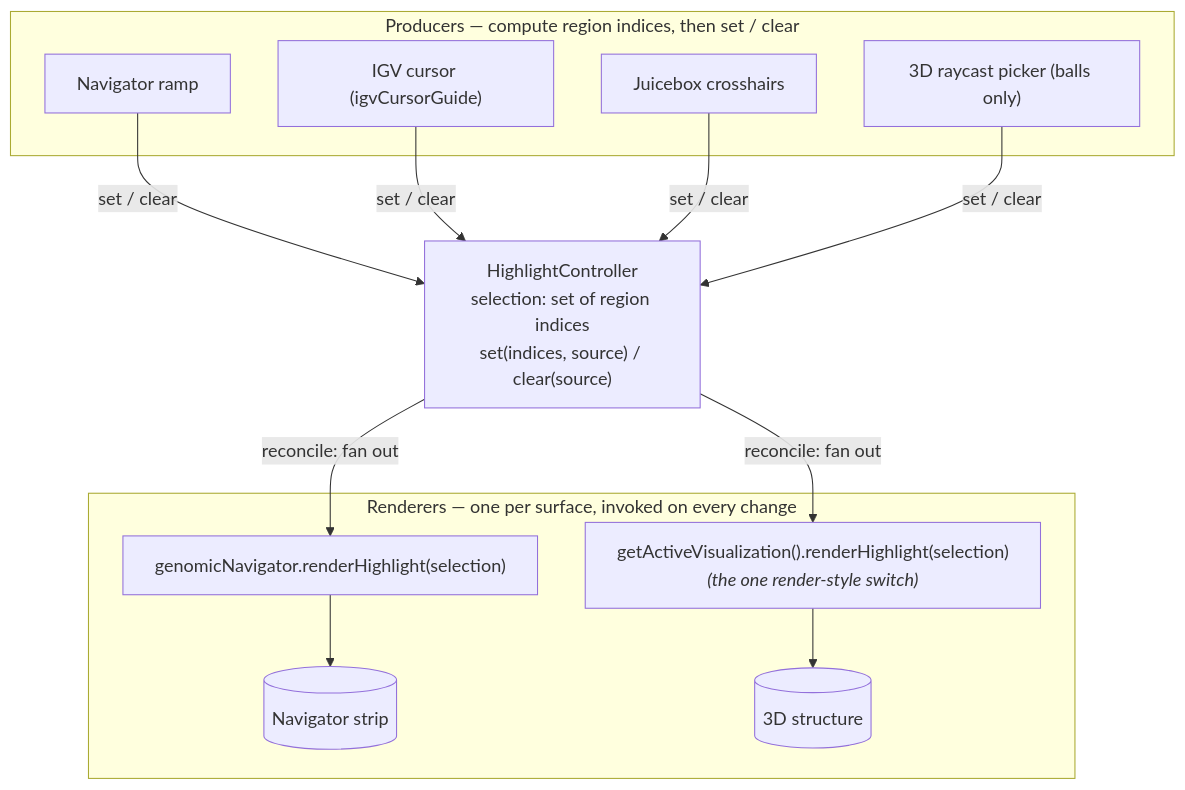
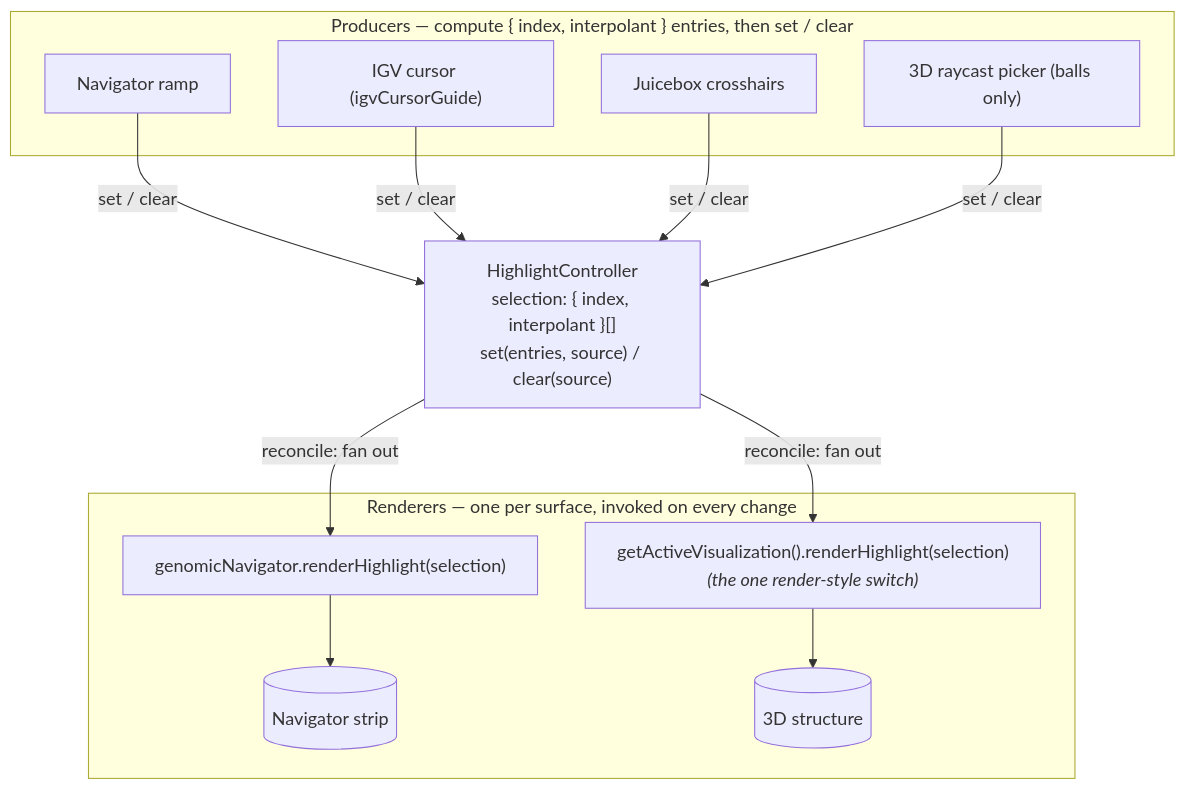
The second of 7 diagrams in development-notes/highlighting-participant-map.md (aidenlab/spacewalk), drawn with Mermaid before and after one commit. The commit also changed other lines of this file and 2 other files, not shown here.

````diff
--- a/development-notes/highlighting-participant-map.md
+++ b/development-notes/highlighting-participant-map.md
@@ -120,29 +134,29 @@
 ```mermaid
 %%{init: {'themeVariables': {'fontSize': '17px', 'fontFamily': 'arial'}, 'flowchart': {'nodeSpacing': 45, 'rankSpacing': 55}}}%%
 flowchart TB
-    subgraph P["Producers — compute region indices, then set / clear"]
+    subgraph P["Producers — compute { index, interpolant } entries, then set / clear"]
         NAV["Navigator ramp"]
         IGV["IGV cursor (igvCursorGuide)"]
         JB["Juicebox crosshairs"]
         PICK["3D raycast picker (balls only)"]
     end
 
-    HC["HighlightController<br/>selection: set of region indices<br/>set(indices, source) / clear(source)"]
+    HC["HighlightController<br/>selection: { index, interpolant }[]<br/>set(entries, source) / clear(source)"]
 
     subgraph R["Renderers — one per surface, invoked on every change"]
         RH["genomicNavigator.renderHighlight(selection)"]
         STRIP[("Navigator strip")]
         AV["getActiveVisualization().renderHighlight(selection)<br/><i>(the one render-style switch)</i>"]
         STRUCT[("3D structure")]
         RH --> STRIP
         AV --> STRUCT
     end
 
     NAV -->|"set / clear"| HC
     IGV -->|"set / clear"| HC
     JB  -->|"set / clear"| HC
     PICK -->|"set / clear"| HC
 
     HC -->|"reconcile: fan out"| RH
     HC -->|"reconcile: fan out"| AV
 ```
````
